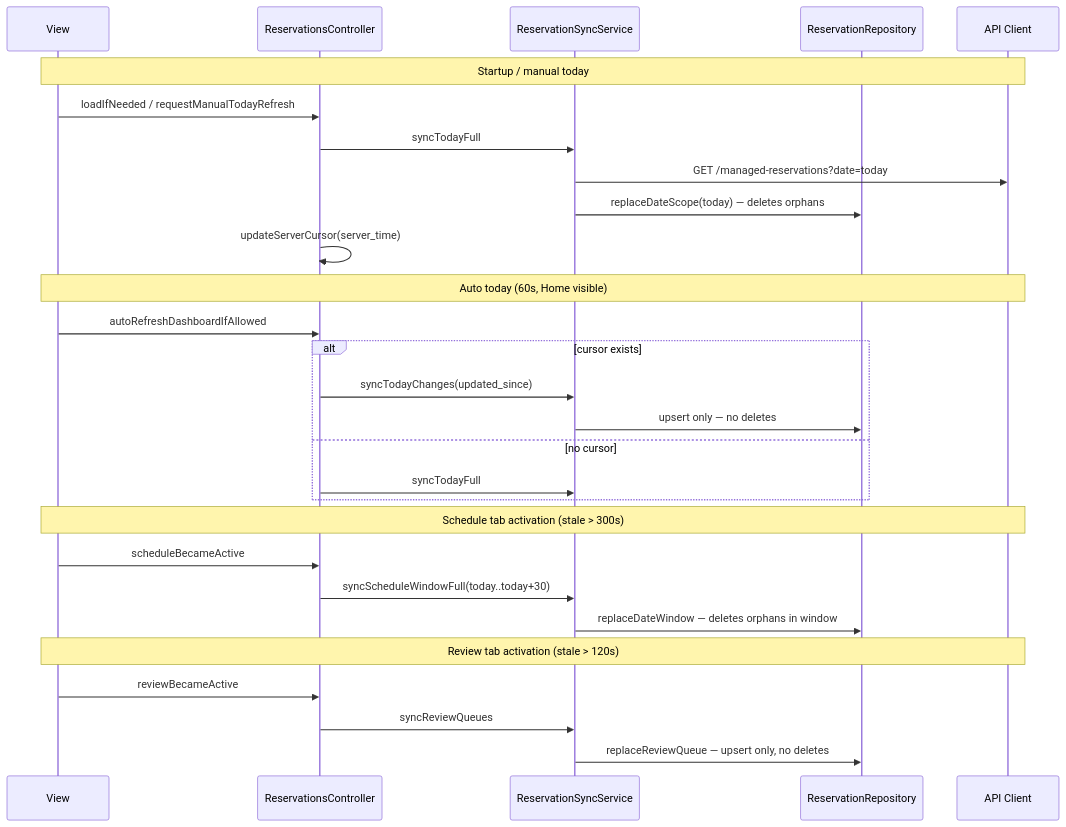
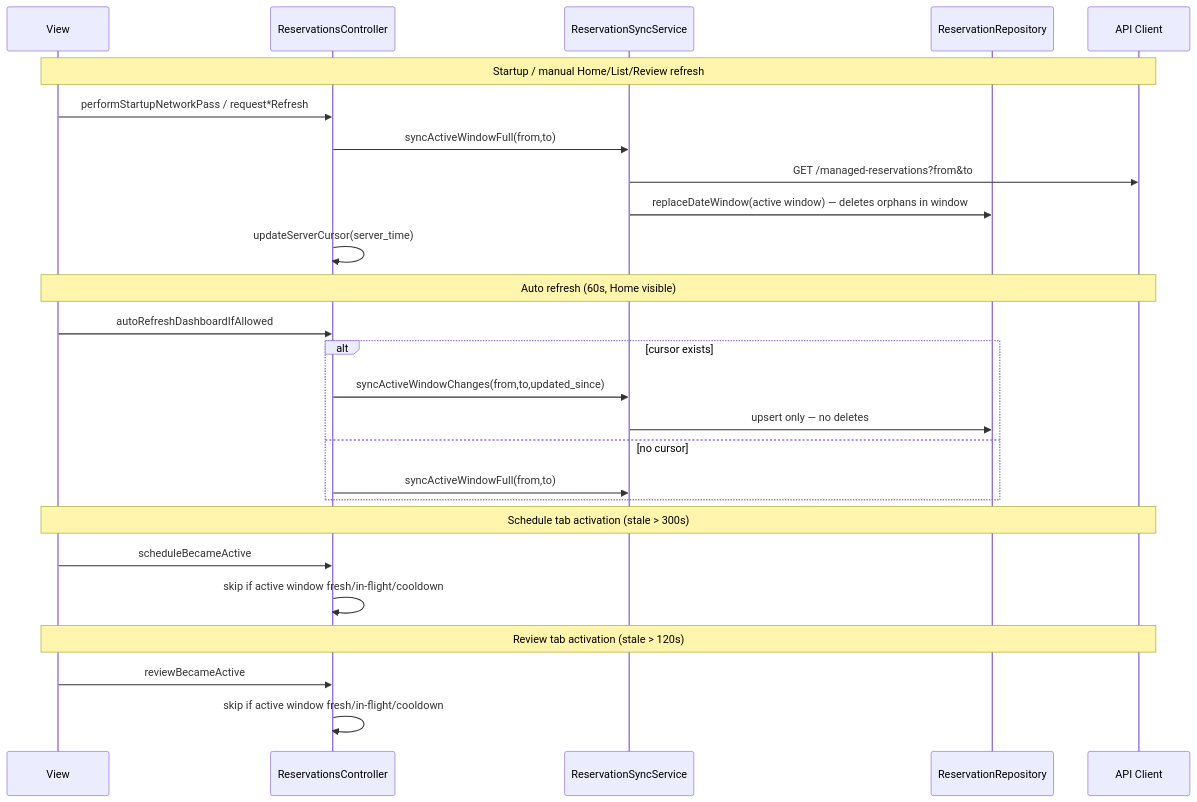
One commit to bohdan462/Reservation-iOS-App changed the fourth of 11 diagrams in ARCHITECTURE_DIAGRAMS.md. Above: the diagram before and after it, drawn with Mermaid. The commit also changed other lines of this file and 3 other files, not shown here.

````diff
--- a/ARCHITECTURE_DIAGRAMS.md
+++ b/ARCHITECTURE_DIAGRAMS.md
@@ -133,34 +141,32 @@
 ```mermaid
 sequenceDiagram
     participant V as View
     participant C as ReservationsController
     participant S as ReservationSyncService
     participant R as ReservationRepository
     participant API as API Client
 
-    Note over V,API: Startup / manual today
-    V->>C: loadIfNeeded / requestManualTodayRefresh
-    C->>S: syncTodayFull
-    S->>API: GET /managed-reservations?date=today
-    S->>R: replaceDateScope(today) — deletes orphans
+    Note over V,API: Startup / manual Home/List/Review refresh
+    V->>C: performStartupNetworkPass / request*Refresh
+    C->>S: syncActiveWindowFull(from,to)
+    S->>API: GET /managed-reservations?from&to
+    S->>R: replaceDateWindow(active window) — deletes orphans in window
     C->>C: updateServerCursor(server_time)
 
-    Note over V,API: Auto today (60s, Home visible)
+    Note over V,API: Auto refresh (60s, Home visible)
     V->>C: autoRefreshDashboardIfAllowed
     alt cursor exists
-        C->>S: syncTodayChanges(updated_since)
+        C->>S: syncActiveWindowChanges(from,to,updated_since)
         S->>R: upsert only — no deletes
     else no cursor
-        C->>S: syncTodayFull
+        C->>S: syncActiveWindowFull(from,to)
     end
 
     Note over V,API: Schedule tab activation (stale > 300s)
     V->>C: scheduleBecameActive
-    C->>S: syncScheduleWindowFull(today..today+30)
-    S->>R: replaceDateWindow — deletes orphans in window
+    C->>C: skip if active window fresh/in-flight/cooldown
 
     Note over V,API: Review tab activation (stale > 120s)
     V->>C: reviewBecameActive
-    C->>S: syncReviewQueues
-    S->>R: replaceReviewQueue — upsert only, no deletes
+    C->>C: skip if active window fresh/in-flight/cooldown
 ```
````
